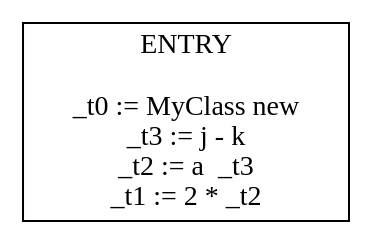
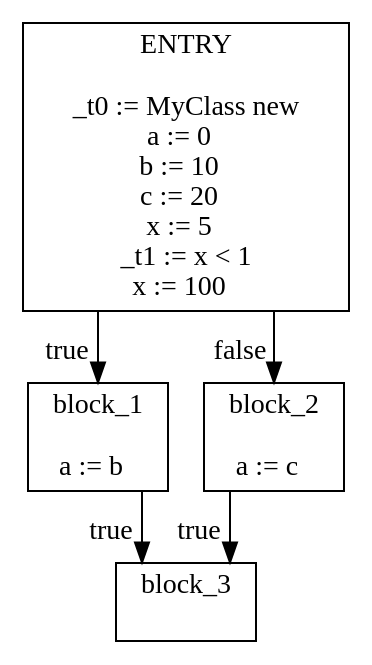
Before and after one commit to RealNexa/DV1655-compiler: the diagram in getting_started/CFG.dot, drawn with Graphviz. The commit also changed 8 other files, not shown here.

```diff
--- a/getting_started/CFG.dot
+++ b/getting_started/CFG.dot
@@ -1,9 +1,21 @@
 digraph {
 graph [splines=ortho]
 node [shape=box]
 ENTRY [label="ENTRY\n\n_t0 := MyClass new 
-_t3 := j - k
-_t2 := a  _t3
-_t1 := 2 * _t2
+a := 0  
+b := 10  
+c := 20  
+x := 5  
+_t1 := x < 1
+x := 100  
 "];
+ENTRY->block_1 [xlabel="true"];
+block_1 [label="block_1\n\na := b  
+"];
+block_1->block_3 [xlabel="true"];
+block_3 [label="block_3\n\n"];
+ENTRY->block_2 [xlabel="false"];
+block_2 [label="block_2\n\na := c  
+"];
+block_2->block_3 [xlabel="true"];
 }
```
